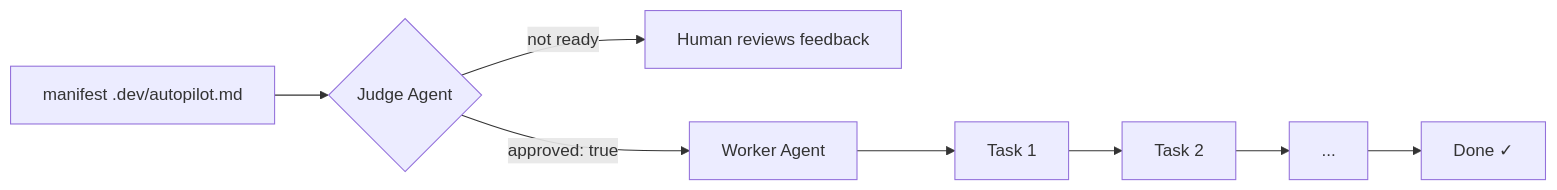
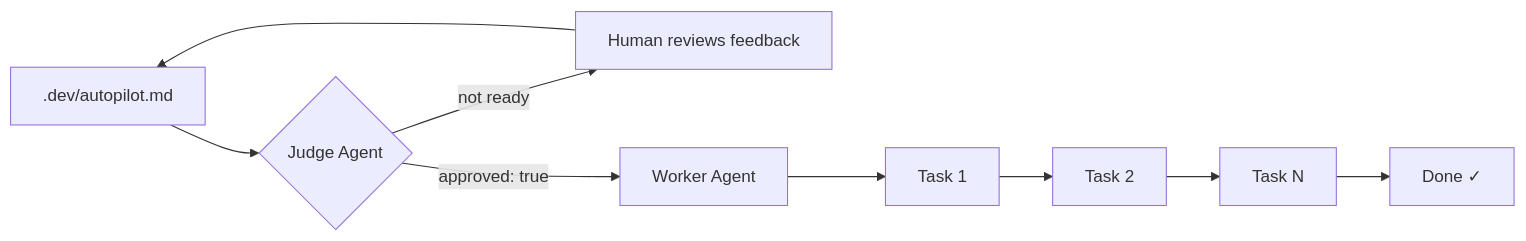
One commit to timainge/autopilot changed the diagram in docs/index.md. Above: the diagram before and after it, drawn with Mermaid. The commit also changed other lines of this file and 3 other files, not shown here.

````diff
--- a/docs/index.md
+++ b/docs/index.md
@@ -14,10 +29,11 @@
 ```mermaid
 flowchart LR
-    A[manifest .dev/autopilot.md] --> B{Judge Agent}
+    A[".dev/autopilot.md"] --> B{Judge Agent}
     B -->|not ready| C[Human reviews feedback]
+    C --> A
     B -->|approved: true| D[Worker Agent]
     D --> E[Task 1]
     E --> F[Task 2]
-    F --> G[...]
-    G --> H[Done ✓]
+    F --> G[Task N]
+    G --> H["Done ✓"]
 ```
````
